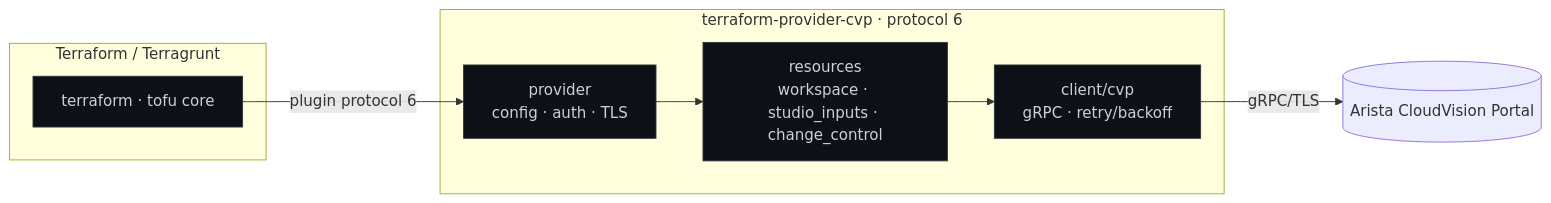
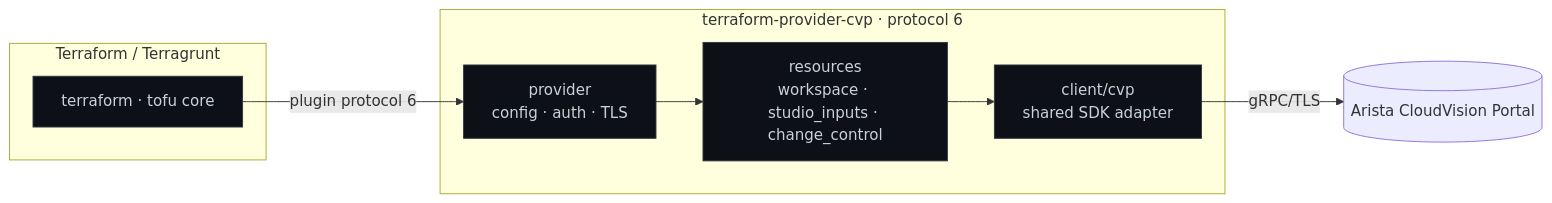
Before and after one commit to ioplane/terraform-provider-cvp: the diagram in README.md, drawn with Mermaid. The commit also changed other lines of this file, not shown here.

Commit message:
docs: align provider overview with the shared SDK

````diff
--- a/README.md
+++ b/README.md
@@ -36,17 +36,17 @@
 ```mermaid
 flowchart LR
   subgraph TF["Terraform / Terragrunt"]
     core["terraform · tofu core"]
   end
   subgraph P["terraform-provider-cvp · protocol 6"]
     prov["provider<br/>config · auth · TLS"]
     res["resources<br/>workspace · studio_inputs · change_control"]
-    cli["client/cvp<br/>gRPC · retry/backoff"]
+    cli["client/cvp<br/>shared SDK adapter"]
   end
   cvp[("Arista CloudVision Portal")]
 
   core -- "plugin protocol 6" --> prov --> res --> cli -- "gRPC/TLS" --> cvp
 
   classDef box fill:#0d1117,stroke:#30363d,color:#c9d1d9;
   class core,prov,res,cli box;
 ```
````
